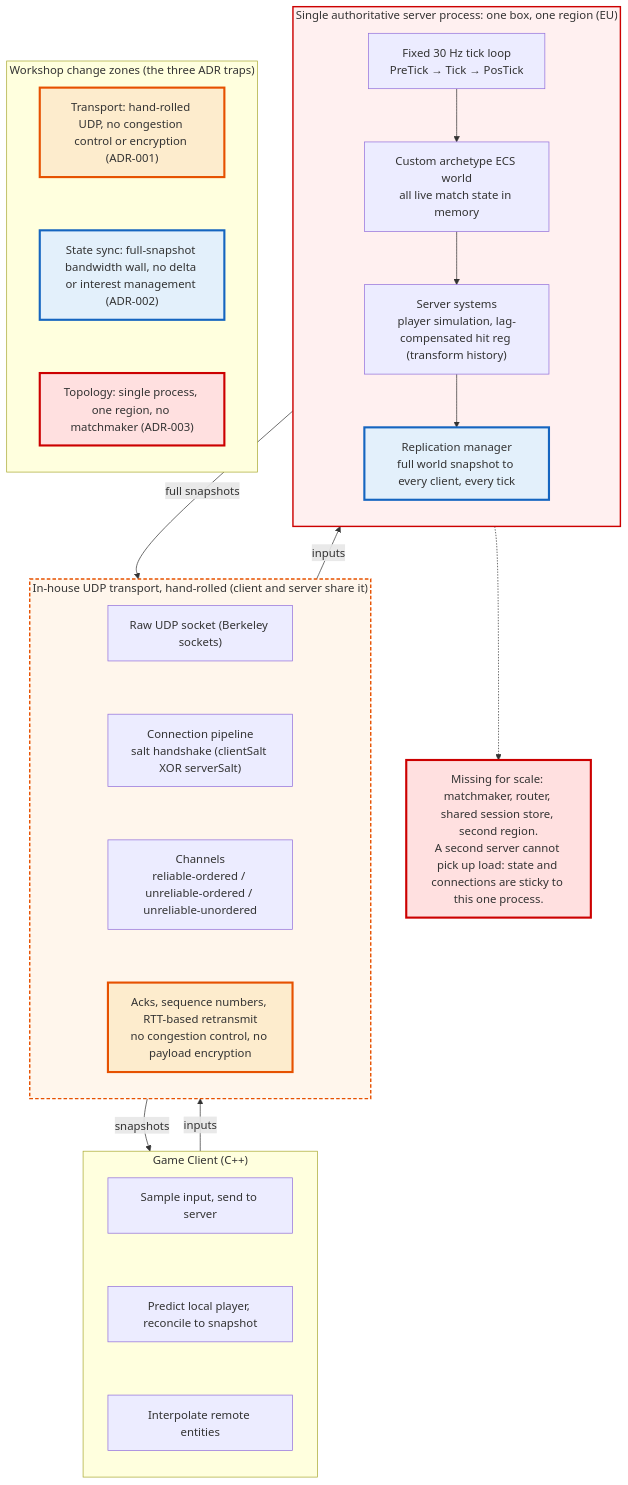
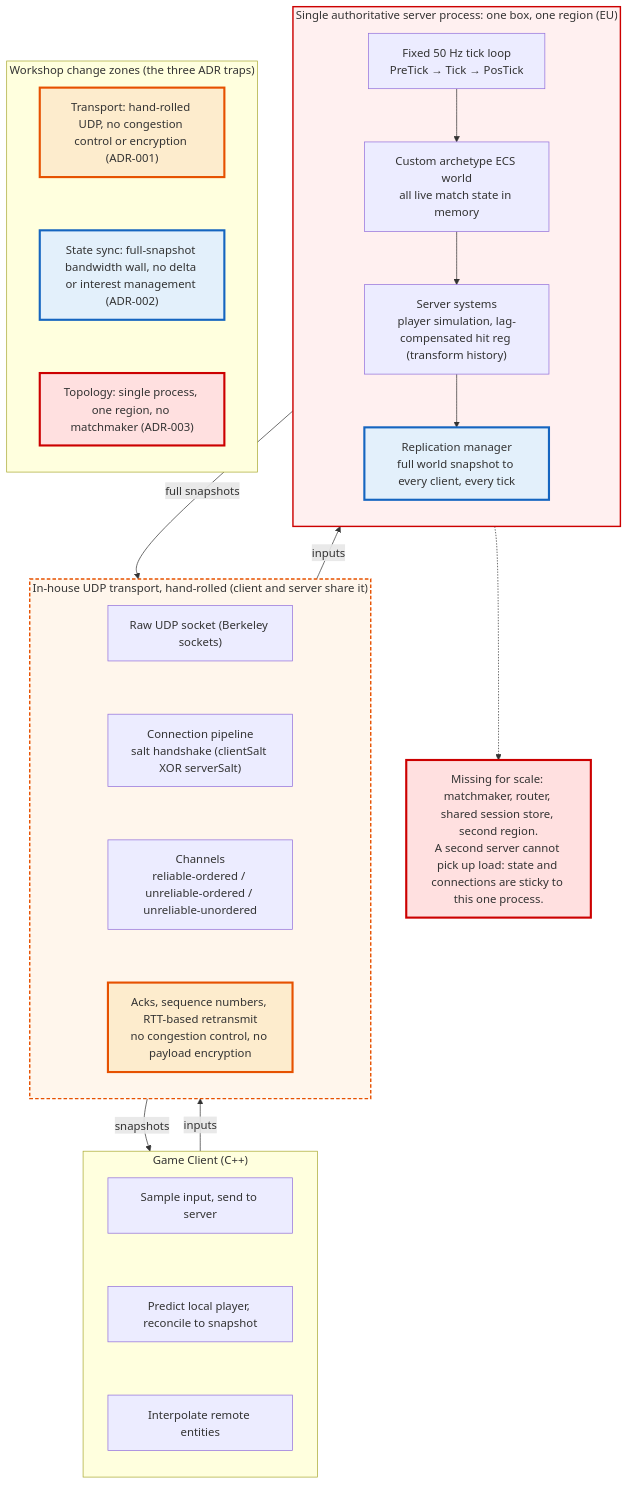
Before and after one commit to mrtoxfox/agent-arch-reasoning-practice: the diagram in data/diagrams/current-architecture.md, drawn with Mermaid. The commit also changed 6 other files, not shown here.

````diff
--- a/data/diagrams/current-architecture.md
+++ b/data/diagrams/current-architecture.md
@@ -9,55 +9,55 @@
 ```mermaid
 graph TD
     subgraph Client["Game Client (C++)"]
         direction TB
         C1["Sample input, send to server"]
         C2["Predict local player, reconcile to snapshot"]
         C3["Interpolate remote entities"]
         C1 ~~~ C2 ~~~ C3
     end
 
     subgraph Net["In-house UDP transport, hand-rolled (client and server share it)"]
         direction TB
         N1["Raw UDP socket (Berkeley sockets)"]
         N2["Connection pipeline<br>salt handshake (clientSalt XOR serverSalt)"]
         N3["Channels<br>reliable-ordered / unreliable-ordered / unreliable-unordered"]
         N4["Acks, sequence numbers, RTT-based retransmit<br>no congestion control, no payload encryption"]
         N1 ~~~ N2 ~~~ N3 ~~~ N4
     end
 
     subgraph Box["Single authoritative server process: one box, one region (EU)"]
         direction TB
-        S1["Fixed 30 Hz tick loop<br>PreTick → Tick → PosTick"]
+        S1["Fixed 50 Hz tick loop<br>PreTick → Tick → PosTick"]
         S2["Custom archetype ECS world<br>all live match state in memory"]
         S3["Server systems<br>player simulation, lag-compensated hit reg (transform history)"]
         S4["Replication manager<br>full world snapshot to every client, every tick"]
         S1 --> S2 --> S3 --> S4
     end
 
     Missing["Missing for scale: matchmaker, router, shared session store, second region.<br>A second server cannot pick up load: state and connections are sticky to this one process."]
 
     Client -->|inputs| Net
     Net -->|inputs| Box
     Box -->|full snapshots| Net
     Net -->|snapshots| Client
     Box -.-> Missing
 
     subgraph Legend["Workshop change zones (the three ADR traps)"]
         direction TB
         L1["Transport: hand-rolled UDP, no congestion control or encryption (ADR-001)"]
         L2["State sync: full-snapshot bandwidth wall, no delta or interest management (ADR-002)"]
         L3["Topology: single process, one region, no matchmaker (ADR-003)"]
         L1 ~~~ L2 ~~~ L3
     end
 
     classDef transport fill:#fdeccd,stroke:#e65100,stroke-width:3px;
     classDef statesync fill:#e3f0fb,stroke:#1565c0,stroke-width:3px;
     classDef topology fill:#ffe0e0,stroke:#cc0000,stroke-width:3px;
 
     class N4,L1 transport;
     class S4,L2 statesync;
     class Missing,L3 topology;
 
     style Net fill:#fff6ec,stroke:#e65100,stroke-width:2px,stroke-dasharray:5 3;
     style Box fill:#fff0f0,stroke:#cc0000,stroke-width:2px;
 ```
````
